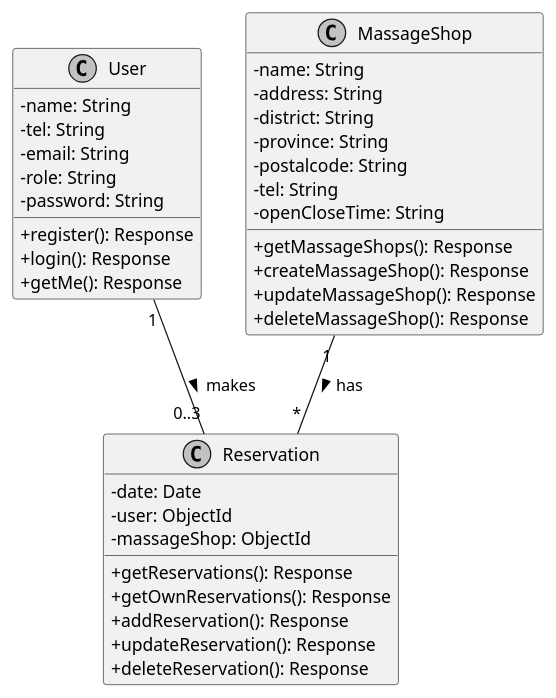
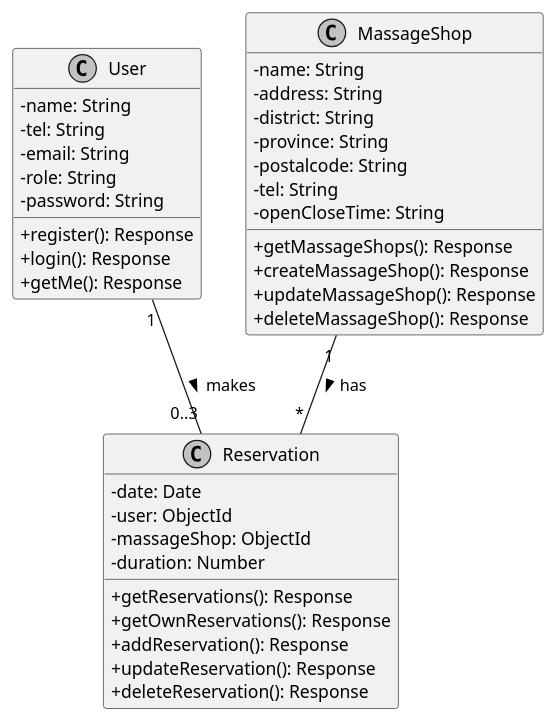
The diagram in MSclassdiagram.puml (2110503-CEDT68/be-project-68-backbegin), drawn with PlantUML before and after one commit. The commit also changed 2 other files, not shown here.

```diff
--- a/MSclassdiagram.puml
+++ b/MSclassdiagram.puml
@@ -1,45 +1,46 @@
 @startuml MassageShop
 skinparam classAttributeIconSize 0
 skinparam monochrome true
 
 class User {
   - name: String
   - tel: String
   - email: String
   - role: String
   - password: String
   + register(): Response
   + login(): Response
   + getMe(): Response
 }
 
 class MassageShop {
   - name: String
   - address: String
   - district: String
   - province: String
   - postalcode: String
   - tel: String
   - openCloseTime: String
   + getMassageShops(): Response
   + createMassageShop(): Response
   + updateMassageShop(): Response
   + deleteMassageShop(): Response
 }
 
 class Reservation {
   - date: Date
   - user: ObjectId
   - massageShop: ObjectId
+  - duration: Number
   + getReservations(): Response
   + getOwnReservations(): Response
   + addReservation(): Response
   + updateReservation(): Response
   + deleteReservation(): Response
 }
 
 ' relation 3 reservation
 User "1" -- "0..3" Reservation : makes >
 MassageShop "1" -- "*" Reservation : has >
 
 @enduml
```
